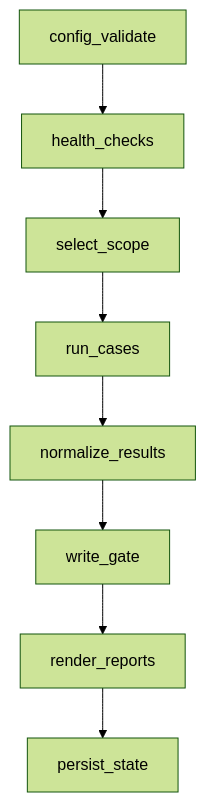
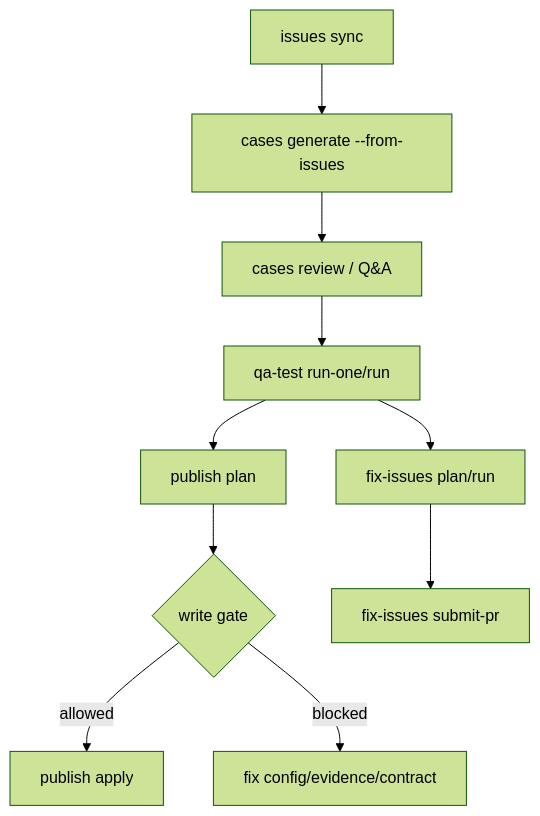
The second of 2 diagrams in README.md (siriChiu/quality-assurance-AI-system-testing), drawn with Mermaid (forest theme) before and after one commit. The commit also changed other lines of this file and 15 other files, not shown here.

````diff
--- a/README.md
+++ b/README.md
@@ -254,10 +36,12 @@
 ```mermaid
 flowchart TD
-  a["config_validate"] --> b["health_checks"]
-  b --> c["select_scope"]
-  c --> d["run_cases"]
-  d --> e["normalize_results"]
-  e --> f["write_gate"]
-  f --> g["render_reports"]
-  g --> h["persist_state"]
+  A["issues sync"] --> B["cases generate --from-issues"]
+  B --> C["cases review / Q&A"]
+  C --> D["qa-test run-one/run"]
+  D --> E["publish plan"]
+  E --> F{"write gate"}
+  F -->|allowed| G["publish apply"]
+  F -->|blocked| H["fix config/evidence/contract"]
+  D --> I["fix-issues plan/run"]
+  I --> J["fix-issues submit-pr"]
 ```
````
